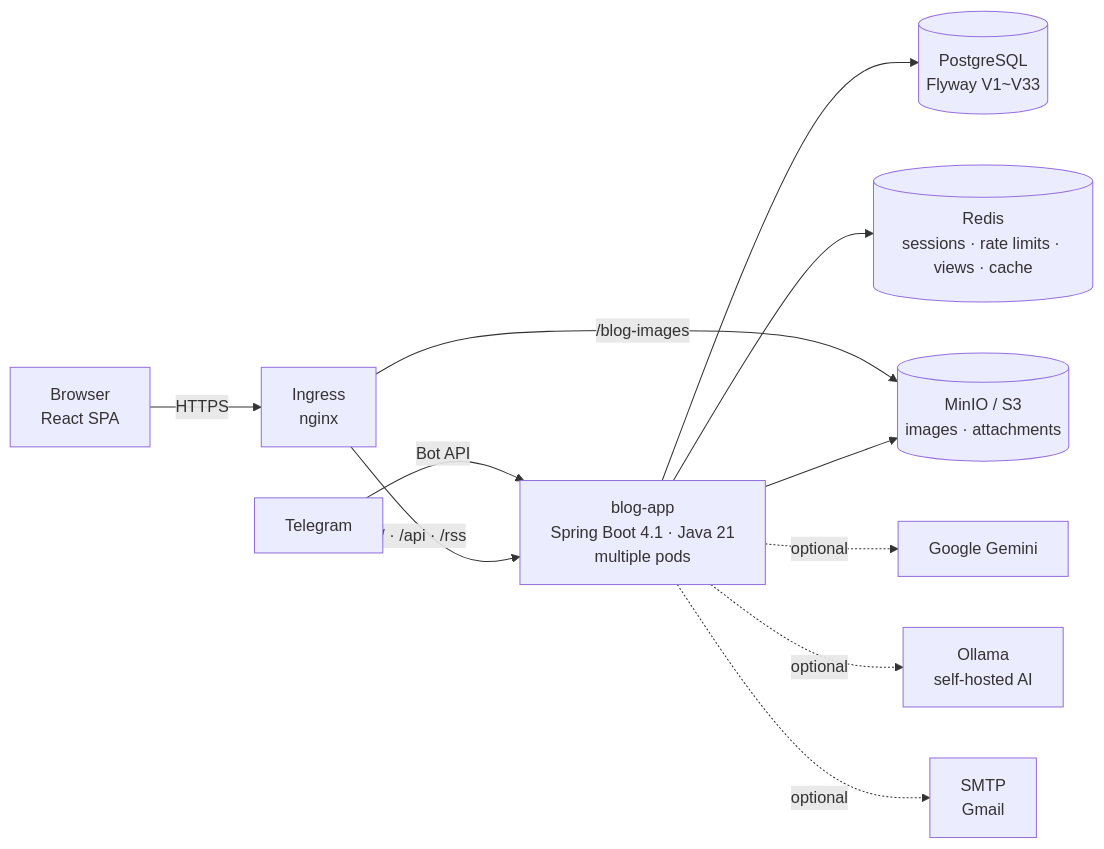
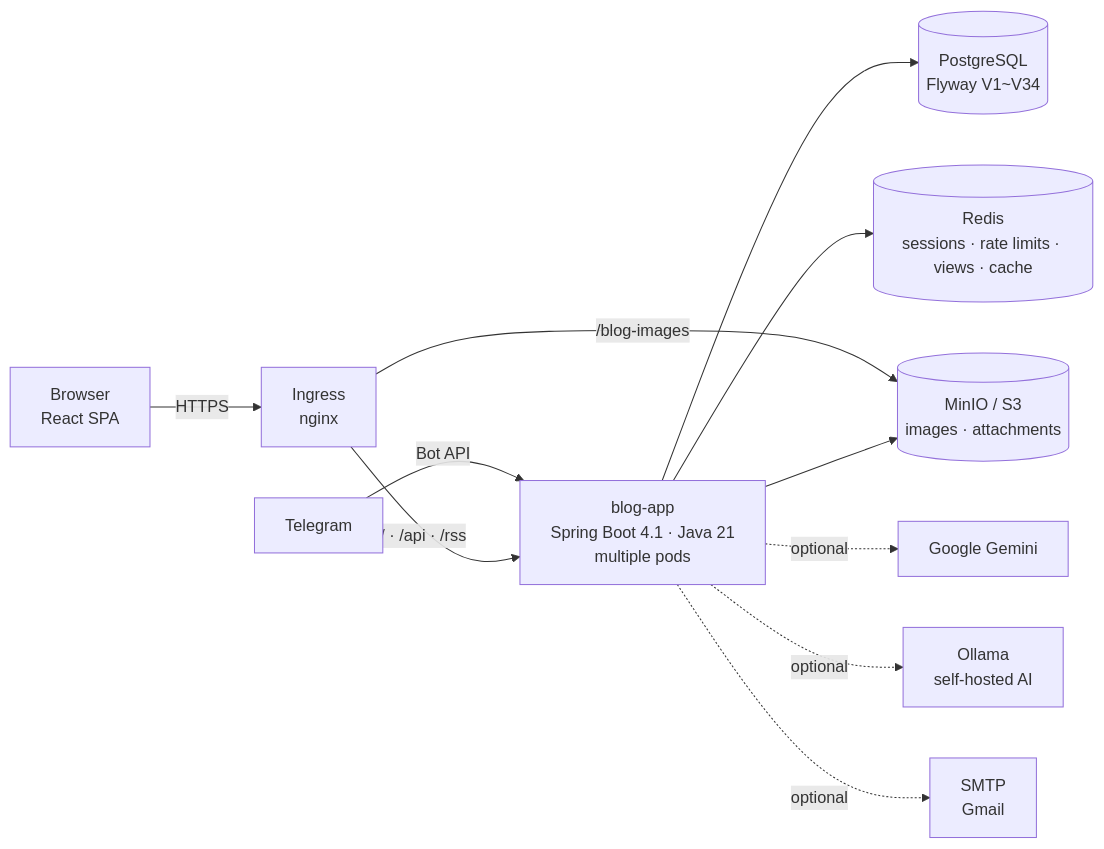
The first of 3 diagrams in README.en.md (AIGJ-01-002-blog/devlog), drawn with Mermaid before and after one commit. The commit also changed other lines of this file and 33 other files, not shown here.

````diff
--- a/README.en.md
+++ b/README.en.md
@@ -151,13 +151,13 @@
 ```mermaid
 flowchart LR
     B[Browser<br/>React SPA] -->|HTTPS| I[Ingress<br/>nginx]
     T[Telegram] -->|Bot API| A
     I -->|/ · /api · /rss| A[blog-app<br/>Spring Boot 4.1 · Java 21<br/>multiple pods]
     I -->|/blog-images| M[(MinIO / S3<br/>images · attachments)]
-    A --> P[(PostgreSQL<br/>Flyway V1~V33)]
+    A --> P[(PostgreSQL<br/>Flyway V1~V34)]
     A --> R[(Redis<br/>sessions · rate limits · views · cache)]
     A --> M
     A -.optional.-> G[Google Gemini]
     A -.optional.-> O[Ollama<br/>self-hosted AI]
     A -.optional.-> S[SMTP<br/>Gmail]
 ```
````
